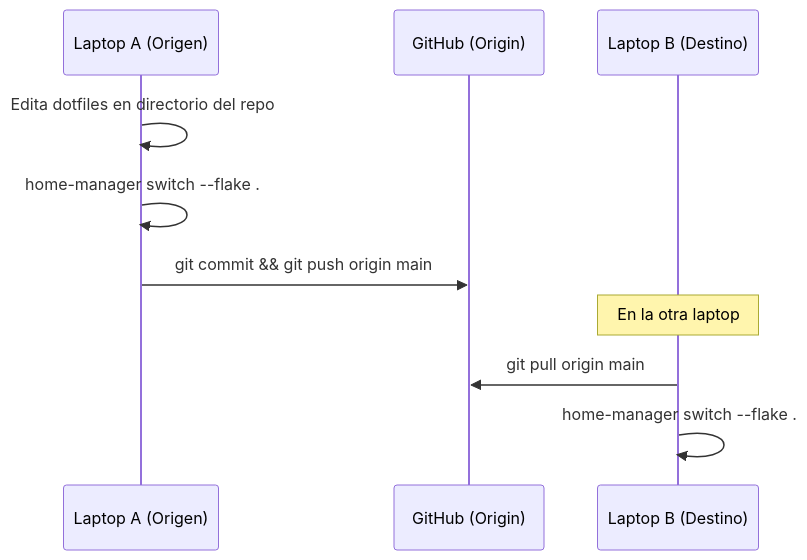
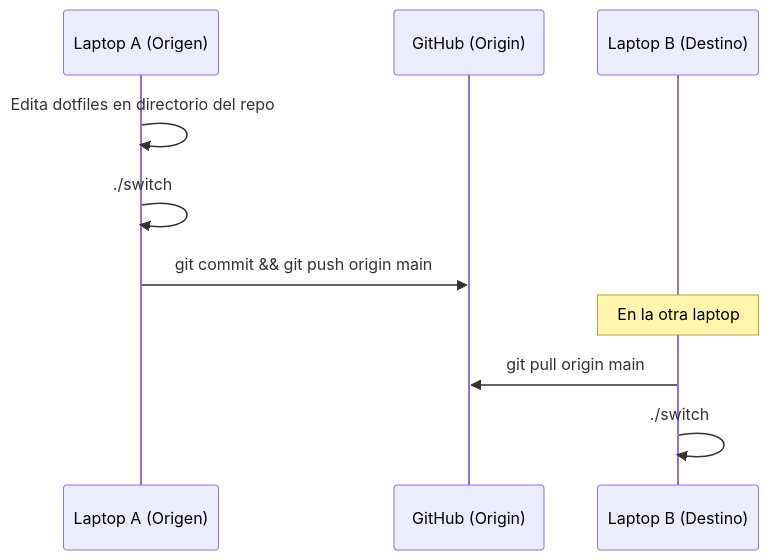
Before and after one commit to JorgeDoicela/dotfiles-nix: the diagram in docs/07-runbooks-operaciones.md, drawn with Mermaid. The commit also changed other lines of this file and 14 other files, not shown here.

````diff
--- a/docs/07-runbooks-operaciones.md
+++ b/docs/07-runbooks-operaciones.md
@@ -96,13 +96,13 @@
 ```mermaid
 sequenceDiagram
     participant LaptopA as Laptop A (Origen)
     participant Git as GitHub (Origin)
     participant LaptopB as Laptop B (Destino)
 
     LaptopA->>LaptopA: Edita dotfiles en directorio del repo
-    LaptopA->>LaptopA: home-manager switch --flake .
+    LaptopA->>LaptopA: ./switch
     LaptopA->>Git: git commit && git push origin main
     Note over LaptopB: En la otra laptop
     LaptopB->>Git: git pull origin main
-    LaptopB->>LaptopB: home-manager switch --flake .
+    LaptopB->>LaptopB: ./switch
 ```
````
